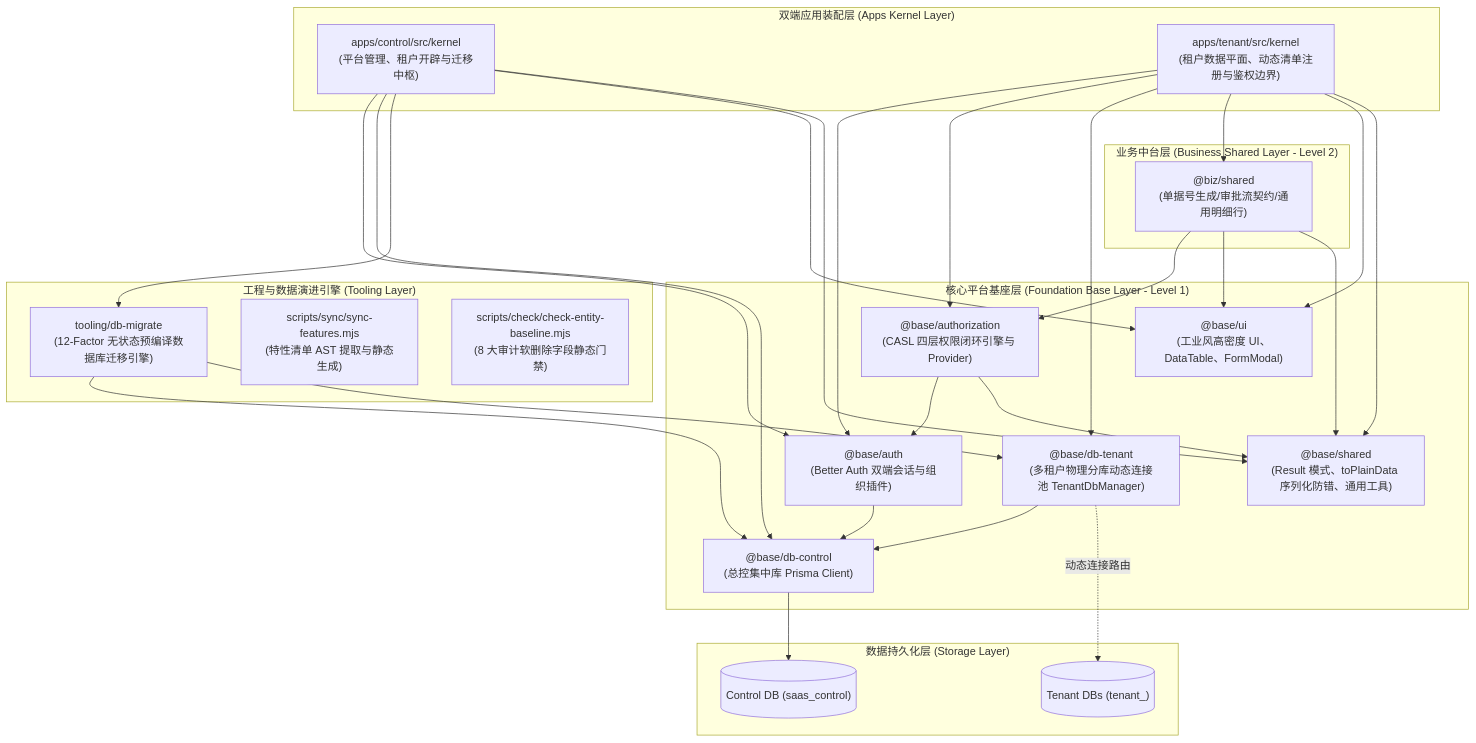
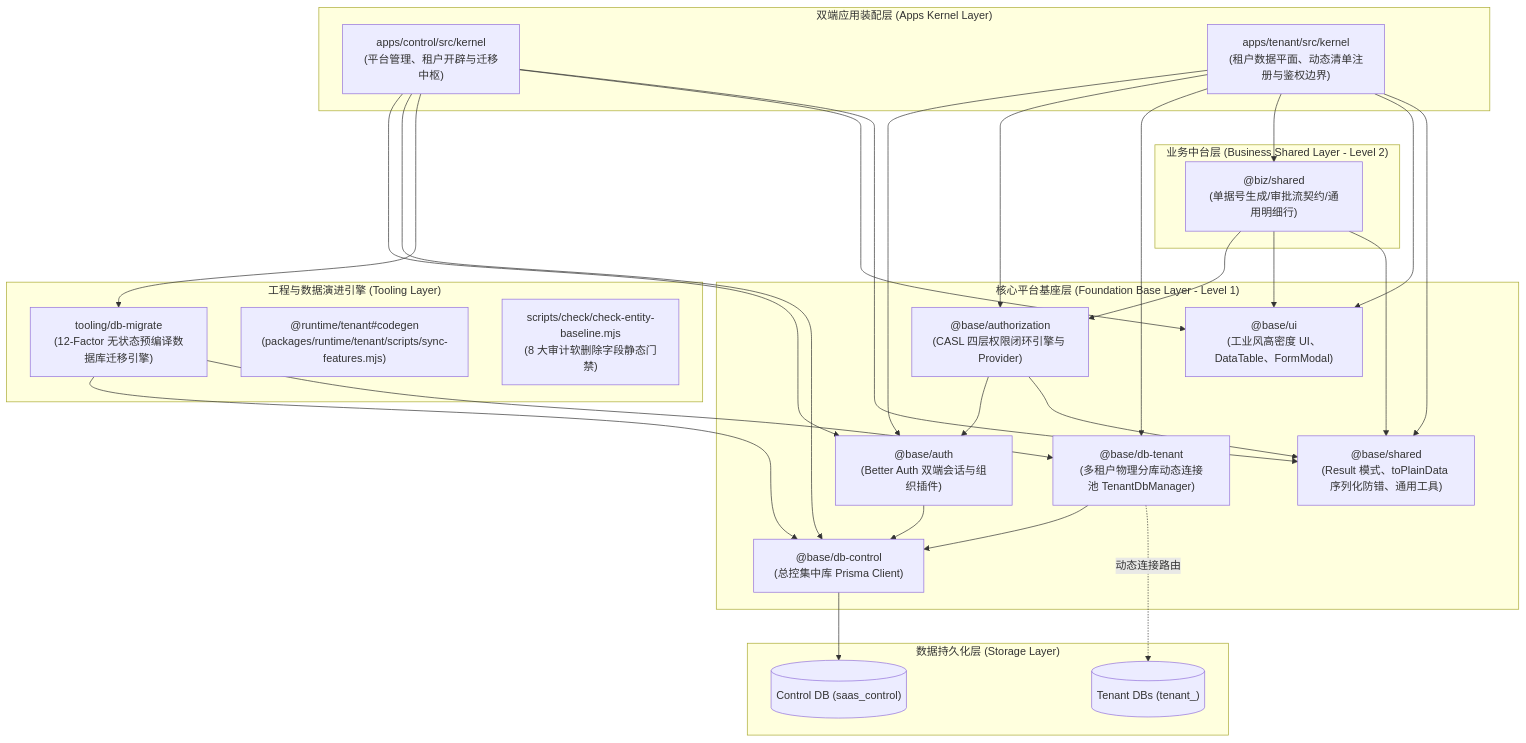
The diagram in .agents/skills/next-saas-base-dev/references/8-base-infrastructure.md (leohu25/ActivityReservation), drawn with Mermaid before and after one commit. The commit also changed 57 other files, not shown here.

````diff
--- a/.agents/skills/next-saas-base-dev/references/8-base-infrastructure.md
+++ b/.agents/skills/next-saas-base-dev/references/8-base-infrastructure.md
@@ -11,41 +11,41 @@
 ```mermaid
 graph TD
     subgraph Apps["双端应用装配层 (Apps Kernel Layer)"]
         ControlApp["apps/control/src/kernel<br>(平台管理、租户开辟与迁移中枢)"]
         TenantApp["apps/tenant/src/kernel<br>(租户数据平面、动态清单注册与鉴权边界)"]
     end
 
     subgraph BizShared["业务中台层 (Business Shared Layer - Level 2)"]
         BizSharedPkg["@biz/shared<br>(单据号生成/审批流契约/通用明细行)"]
     end
 
     subgraph Foundation["核心平台基座层 (Foundation Base Layer - Level 1)"]
         AuthCore["@base/auth<br>(Better Auth 双端会话与组织插件)"]
         AuthzCore["@base/authorization<br>(CASL 四层权限闭环引擎与 Provider)"]
         DBControl["@base/db-control<br>(总控集中库 Prisma Client)"]
         DBTenant["@base/db-tenant<br>(多租户物理分库动态连接池 TenantDbManager)"]
         UI["@base/ui<br>(工业风高密度 UI、DataTable、FormModal)"]
         Shared["@base/shared<br>(Result 模式、toPlainData 序列化防错、通用工具)"]
     end
 
     subgraph Tooling["工程与数据演进引擎 (Tooling Layer)"]
         DBMigrate["tooling/db-migrate<br>(12-Factor 无状态预编译数据库迁移引擎)"]
-        SyncFeatures["scripts/sync/sync-features.mjs<br>(特性清单 AST 提取与静态生成)"]
+        SyncFeatures["@runtime/tenant#codegen<br>(packages/runtime/tenant/scripts/sync-features.mjs)"]
         CheckBaseline["scripts/check/check-entity-baseline.mjs<br>(8 大审计软删除字段静态门禁)"]
     end
 
     subgraph Storage["数据持久化层 (Storage Layer)"]
         ControlDB[("Control DB (saas_control)")]
         TenantDBs[("Tenant DBs (tenant_<slug>)")]
     end
 
     ControlApp --> AuthCore & DBControl & DBMigrate & UI & Shared
     TenantApp --> AuthCore & AuthzCore & DBTenant & BizSharedPkg & UI & Shared
     BizSharedPkg --> AuthzCore & UI & Shared
     AuthCore --> DBControl
     AuthzCore --> AuthCore & Shared
     DBTenant --> DBControl
     DBControl --> ControlDB
     DBTenant -.->|动态连接路由| TenantDBs
     DBMigrate --> DBControl & DBTenant
 ```
````
